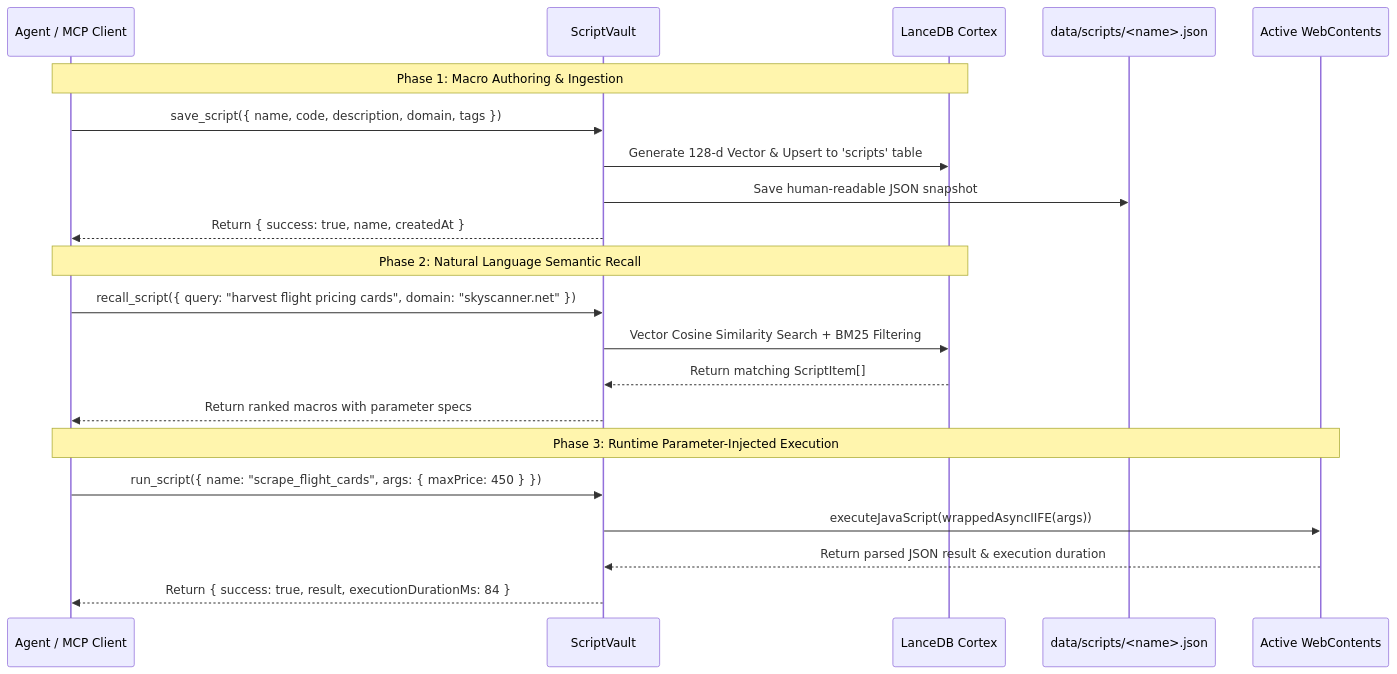
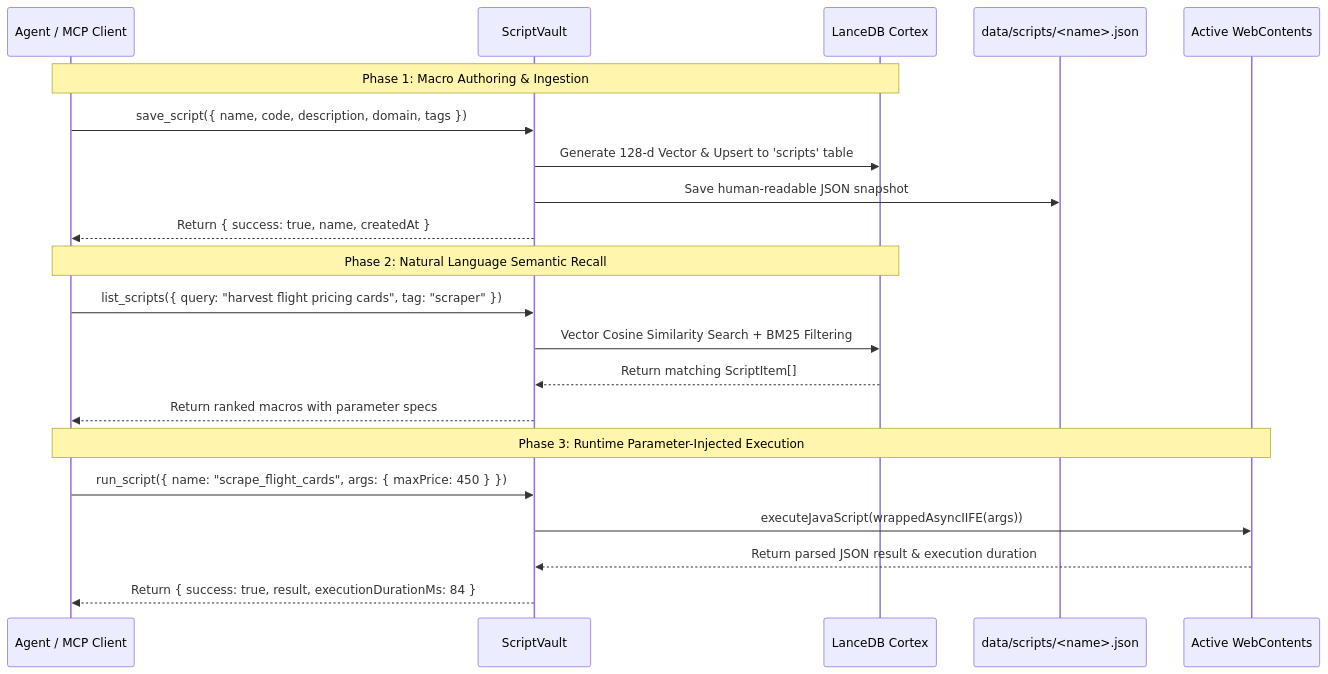
One commit to hyperbolictonic/hyperbolic-gateway changed the diagram in src/main/scripts/README.md. Above: the diagram before and after it, drawn with Mermaid. The commit also changed other lines of this file and 37 other files, not shown here.

````diff
--- a/src/main/scripts/README.md
+++ b/src/main/scripts/README.md
@@ -18,26 +18,26 @@
 ```mermaid
 sequenceDiagram
     participant LLM as Agent / MCP Client
     participant Vault as ScriptVault
     participant Cortex as LanceDB Cortex
     participant FS as data/scripts/<name>.json
     participant Tab as Active WebContents
 
     Note over LLM,Cortex: Phase 1: Macro Authoring & Ingestion
     LLM->>Vault: save_script({ name, code, description, domain, tags })
     Vault->>Cortex: Generate 128-d Vector & Upsert to 'scripts' table
     Vault->>FS: Save human-readable JSON snapshot
     Vault-->>LLM: Return { success: true, name, createdAt }
 
     Note over LLM,Cortex: Phase 2: Natural Language Semantic Recall
-    LLM->>Vault: recall_script({ query: "harvest flight pricing cards", domain: "skyscanner.net" })
+    LLM->>Vault: list_scripts({ query: "harvest flight pricing cards", tag: "scraper" })
     Vault->>Cortex: Vector Cosine Similarity Search + BM25 Filtering
     Cortex-->>Vault: Return matching ScriptItem[]
     Vault-->>LLM: Return ranked macros with parameter specs
 
     Note over LLM,Tab: Phase 3: Runtime Parameter-Injected Execution
     LLM->>Vault: run_script({ name: "scrape_flight_cards", args: { maxPrice: 450 } })
     Vault->>Tab: executeJavaScript(wrappedAsyncIIFE(args))
     Tab-->>Vault: Return parsed JSON result & execution duration
     Vault-->>LLM: Return { success: true, result, executionDurationMs: 84 }
 ```
````
